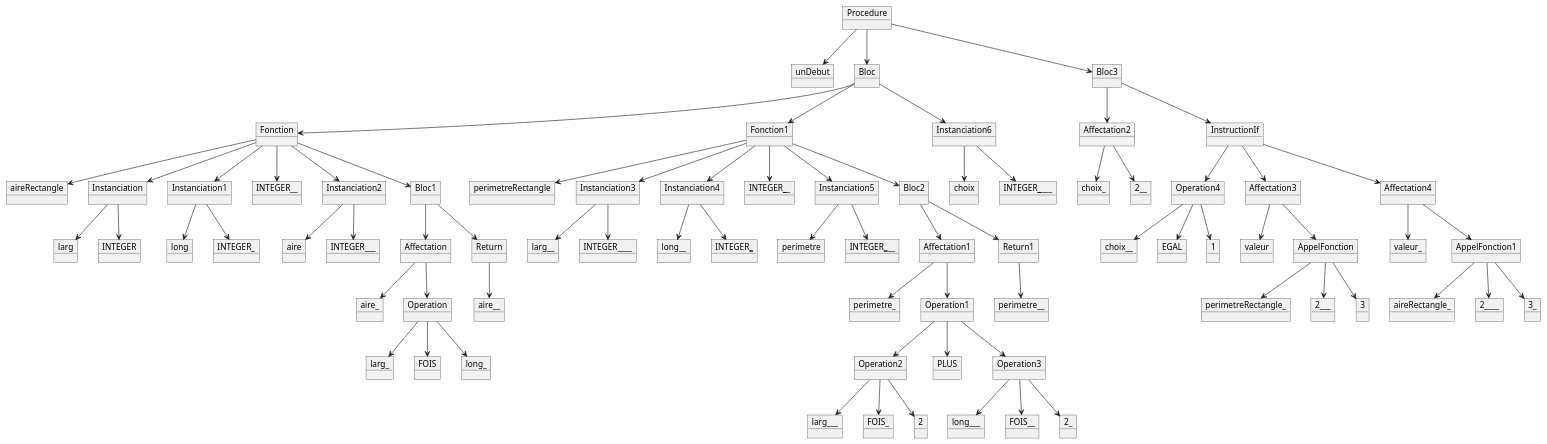
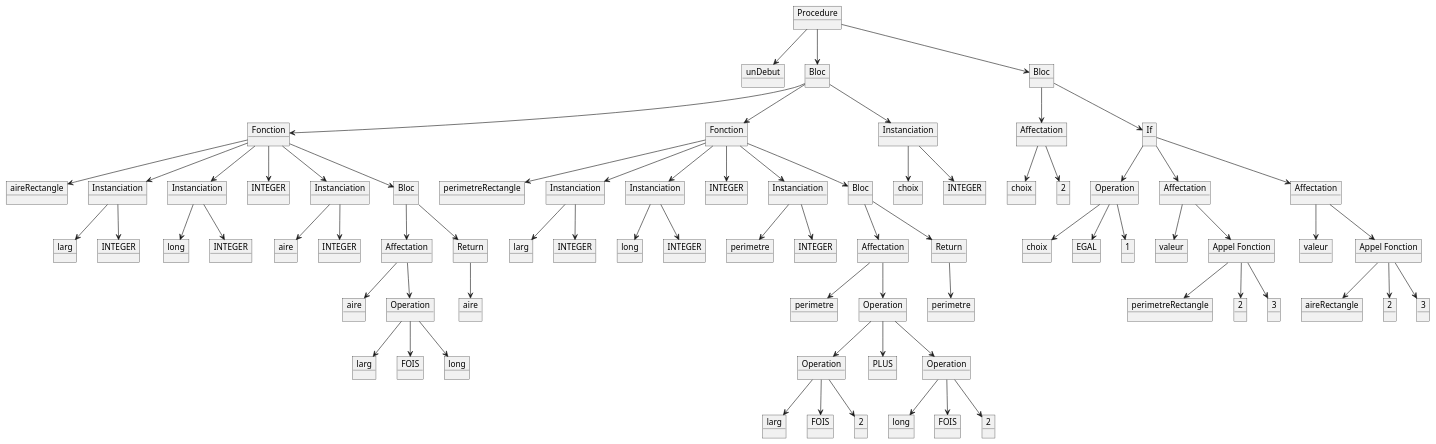
One commit to LeBoufty/pcl changed the diagram in Programmes/unDebut.pu. Above: the diagram before and after it, drawn with PlantUML. The commit also changed 1 other file, not shown here.

```diff
--- a/Programmes/unDebut.pu
+++ b/Programmes/unDebut.pu
@@ -1,151 +1,151 @@
 @startuml ArbreSyntaxique
-object Procedure
-object unDebut
-object Bloc
-object Bloc3
-object Fonction
-object Fonction1
-object Instanciation6
-object Affectation2
-object InstructionIf
-object aireRectangle
-object Instanciation
-object Instanciation1
-object INTEGER__
-object Instanciation2
-object Bloc1
-object perimetreRectangle
-object Instanciation3
-object Instanciation4
-object INTEGER______
-object Instanciation5
-object Bloc2
-object choix
-object INTEGER________
-object choix_
-object 2__
-object Operation4
-object Affectation3
-object Affectation4
-object larg
-object INTEGER
-object long
-object INTEGER_
-object aire
-object INTEGER___
-object Affectation
-object Return
-object larg__
-object INTEGER____
-object long__
-object INTEGER_____
-object perimetre
-object INTEGER_______
-object Affectation1
-object Return1
-object choix__
-object EGAL
-object 1
-object valeur
-object AppelFonction
-object valeur_
-object AppelFonction1
-object aire_
-object Operation
-object aire__
-object perimetre_
-object Operation1
-object perimetre__
-object perimetreRectangle_
-object 2___
-object 3
-object aireRectangle_
-object 2____
-object 3_
-object larg_
-object FOIS
-object long_
-object Operation2
-object PLUS
-object Operation3
-object larg___
-object FOIS_
-object 2
-object long___
-object FOIS__
-object 2_
+object "Procedure" as Procedure
+object "unDebut" as unDebut
+object "Bloc" as Bloc
+object "Bloc" as Bloc3
+object "Fonction" as Fonction
+object "Fonction" as Fonction1
+object "Instanciation" as Instanciation6
+object "Affectation" as Affectation2
+object "If" as InstructionIf
+object "aireRectangle" as aireRectangle
+object "Instanciation" as Instanciation
+object "Instanciation" as Instanciation1
+object "INTEGER" as INTEGER__
+object "Instanciation" as Instanciation2
+object "Bloc" as Bloc1
+object "perimetreRectangle" as perimetreRectangle
+object "Instanciation" as Instanciation3
+object "Instanciation" as Instanciation4
+object "INTEGER" as INTEGER______
+object "Instanciation" as Instanciation5
+object "Bloc" as Bloc2
+object "choix" as choix
+object "INTEGER" as INTEGER________
+object "choix" as choix_
+object "2" as 2__
+object "Operation" as Operation4
+object "Affectation" as Affectation3
+object "Affectation" as Affectation4
+object "larg" as larg
+object "INTEGER" as INTEGER
+object "long" as long
+object "INTEGER" as INTEGER_
+object "aire" as aire
+object "INTEGER" as INTEGER___
+object "Affectation" as Affectation
+object "Return" as Return
+object "larg" as larg__
+object "INTEGER" as INTEGER____
+object "long" as long__
+object "INTEGER" as INTEGER_____
+object "perimetre" as perimetre
+object "INTEGER" as INTEGER_______
+object "Affectation" as Affectation1
+object "Return" as Return1
+object "choix" as choix__
+object "EGAL" as EGAL
+object "1" as 1
+object "valeur" as valeur
+object "Appel Fonction" as AppelFonction
+object "valeur" as valeur_
+object "Appel Fonction" as AppelFonction1
+object "aire" as aire_
+object "Operation" as Operation
+object "aire" as aire__
+object "perimetre" as perimetre_
+object "Operation" as Operation1
+object "perimetre" as perimetre__
+object "perimetreRectangle" as perimetreRectangle_
+object "2" as 2___
+object "3" as 3
+object "aireRectangle" as aireRectangle_
+object "2" as 2____
+object "3" as 3_
+object "larg" as larg_
+object "FOIS" as FOIS
+object "long" as long_
+object "Operation" as Operation2
+object "PLUS" as PLUS
+object "Operation" as Operation3
+object "larg" as larg___
+object "FOIS" as FOIS_
+object "2" as 2
+object "long" as long___
+object "FOIS" as FOIS__
+object "2" as 2_
 Procedure -down-> unDebut
 Procedure -down-> Bloc
 Procedure -down-> Bloc3
 Bloc -down-> Fonction
 Bloc -down-> Fonction1
 Bloc -down-> Instanciation6
 Bloc3 -down-> Affectation2
 Bloc3 -down-> InstructionIf
 Fonction -down-> aireRectangle
 Fonction -down-> Instanciation
 Fonction -down-> Instanciation1
 Fonction -down-> INTEGER__
 Fonction -down-> Instanciation2
 Fonction -down-> Bloc1
 Fonction1 -down-> perimetreRectangle
 Fonction1 -down-> Instanciation3
 Fonction1 -down-> Instanciation4
 Fonction1 -down-> INTEGER______
 Fonction1 -down-> Instanciation5
 Fonction1 -down-> Bloc2
 Instanciation6 -down-> choix
 Instanciation6 -down-> INTEGER________
 Affectation2 -down-> choix_
 Affectation2 -down-> 2__
 InstructionIf -down-> Operation4
 InstructionIf -down-> Affectation3
 InstructionIf -down-> Affectation4
 Instanciation -down-> larg
 Instanciation -down-> INTEGER
 Instanciation1 -down-> long
 Instanciation1 -down-> INTEGER_
 Instanciation2 -down-> aire
 Instanciation2 -down-> INTEGER___
 Bloc1 -down-> Affectation
 Bloc1 -down-> Return
 Instanciation3 -down-> larg__
 Instanciation3 -down-> INTEGER____
 Instanciation4 -down-> long__
 Instanciation4 -down-> INTEGER_____
 Instanciation5 -down-> perimetre
 Instanciation5 -down-> INTEGER_______
 Bloc2 -down-> Affectation1
 Bloc2 -down-> Return1
 Operation4 -down-> choix__
 Operation4 -down-> EGAL
 Operation4 -down-> 1
 Affectation3 -down-> valeur
 Affectation3 -down-> AppelFonction
 Affectation4 -down-> valeur_
 Affectation4 -down-> AppelFonction1
 Affectation -down-> aire_
 Affectation -down-> Operation
 Return -down-> aire__
 Affectation1 -down-> perimetre_
 Affectation1 -down-> Operation1
 Return1 -down-> perimetre__
 AppelFonction -down-> perimetreRectangle_
 AppelFonction -down-> 2___
 AppelFonction -down-> 3
 AppelFonction1 -down-> aireRectangle_
 AppelFonction1 -down-> 2____
 AppelFonction1 -down-> 3_
 Operation -down-> larg_
 Operation -down-> FOIS
 Operation -down-> long_
 Operation1 -down-> Operation2
 Operation1 -down-> PLUS
 Operation1 -down-> Operation3
 Operation2 -down-> larg___
 Operation2 -down-> FOIS_
 Operation2 -down-> 2
 Operation3 -down-> long___
 Operation3 -down-> FOIS__
 Operation3 -down-> 2_
 @enduml
```
